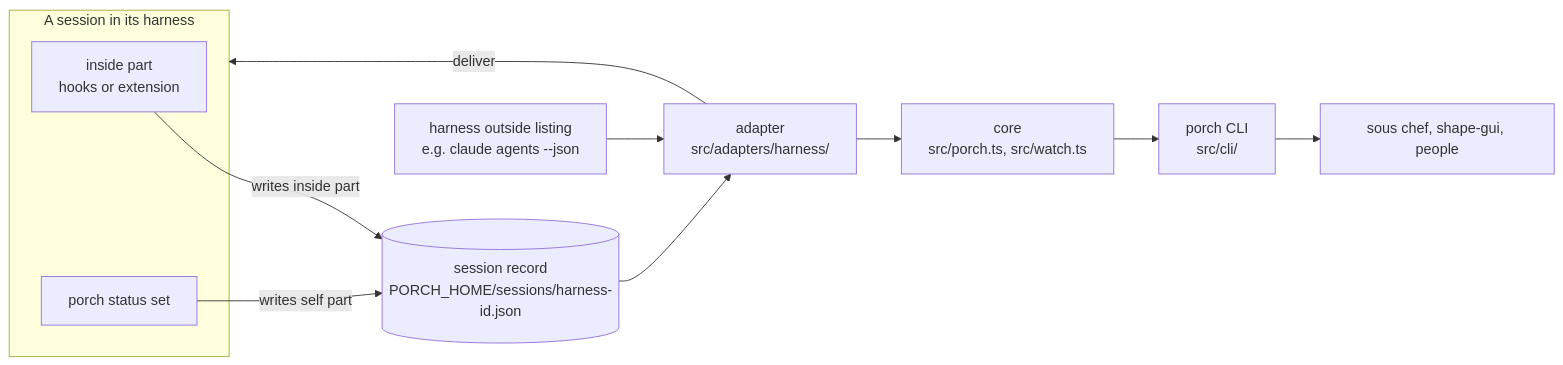
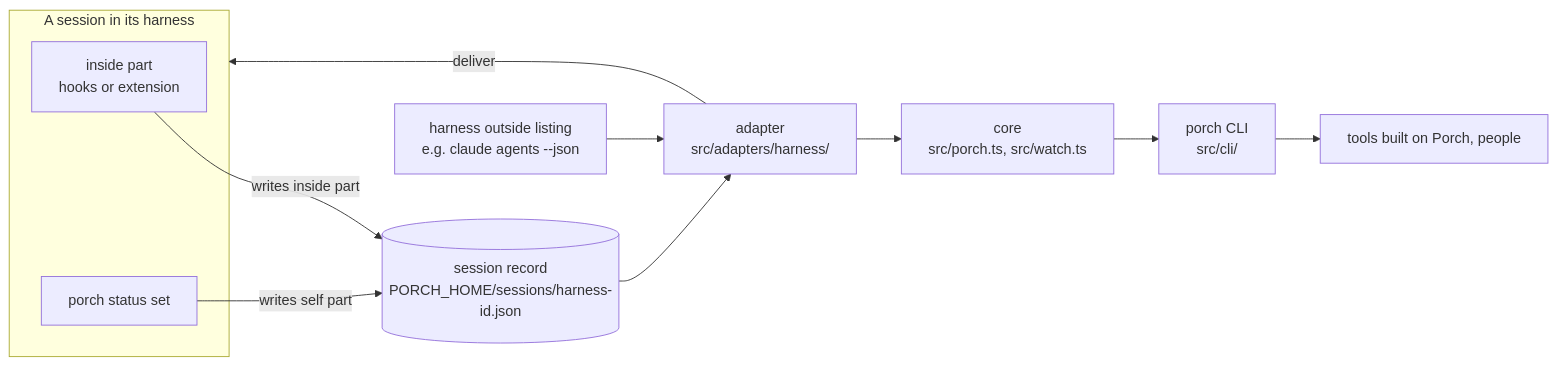
One commit to dylankuhlenthal/porch changed the diagram in docs/architecture.md. Above: the diagram before and after it, drawn with Mermaid. The commit also changed other lines of this file and 13 other files, not shown here.

````diff
--- a/docs/architecture.md
+++ b/docs/architecture.md
@@ -7,15 +7,15 @@
 ```mermaid
 flowchart LR
   subgraph session[A session in its harness]
     inside[inside part<br/>hooks or extension]
     selfcmd[porch status set]
   end
   inside -- writes inside part --> rec[(session record<br/>PORCH_HOME/sessions/harness-id.json)]
   selfcmd -- writes self part --> rec
   listing[harness outside listing<br/>e.g. claude agents --json] --> adapter
   rec --> adapter[adapter<br/>src/adapters/harness/]
   adapter --> core[core<br/>src/porch.ts, src/watch.ts]
   core --> cli[porch CLI<br/>src/cli/]
-  cli --> consumers[sous chef, shape-gui, people]
+  cli --> consumers[tools built on Porch, people]
   adapter -- deliver --> session
 ```
````
